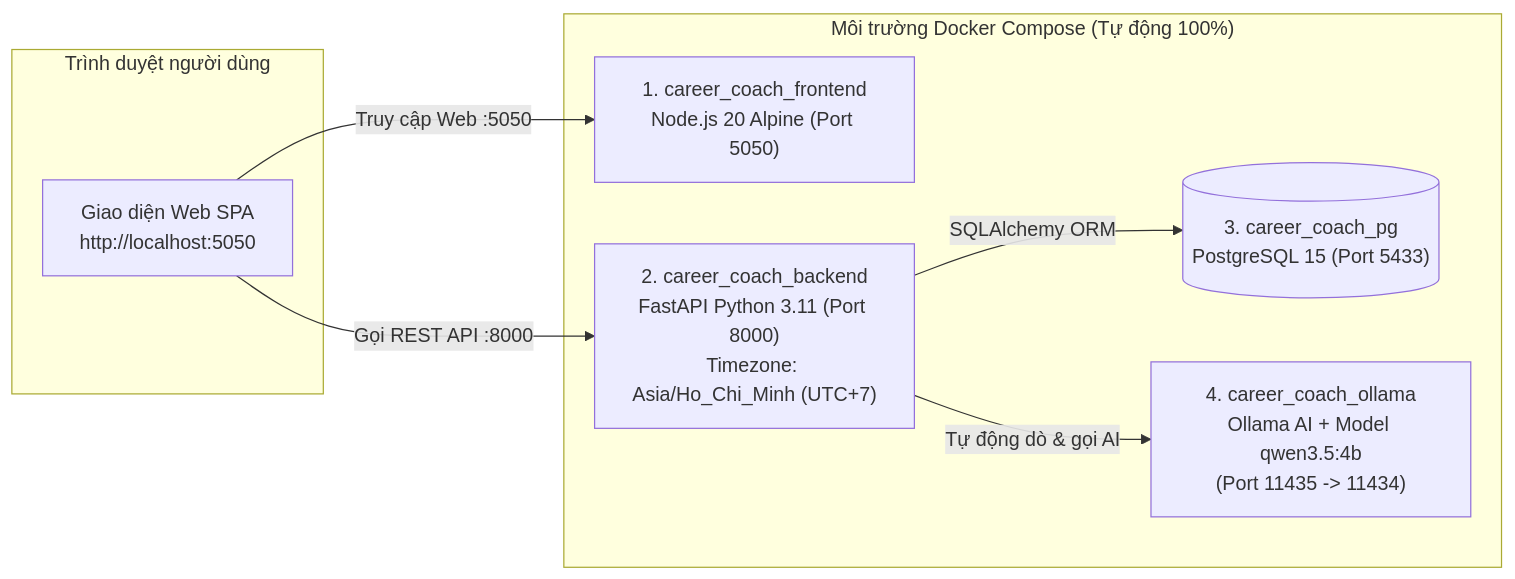
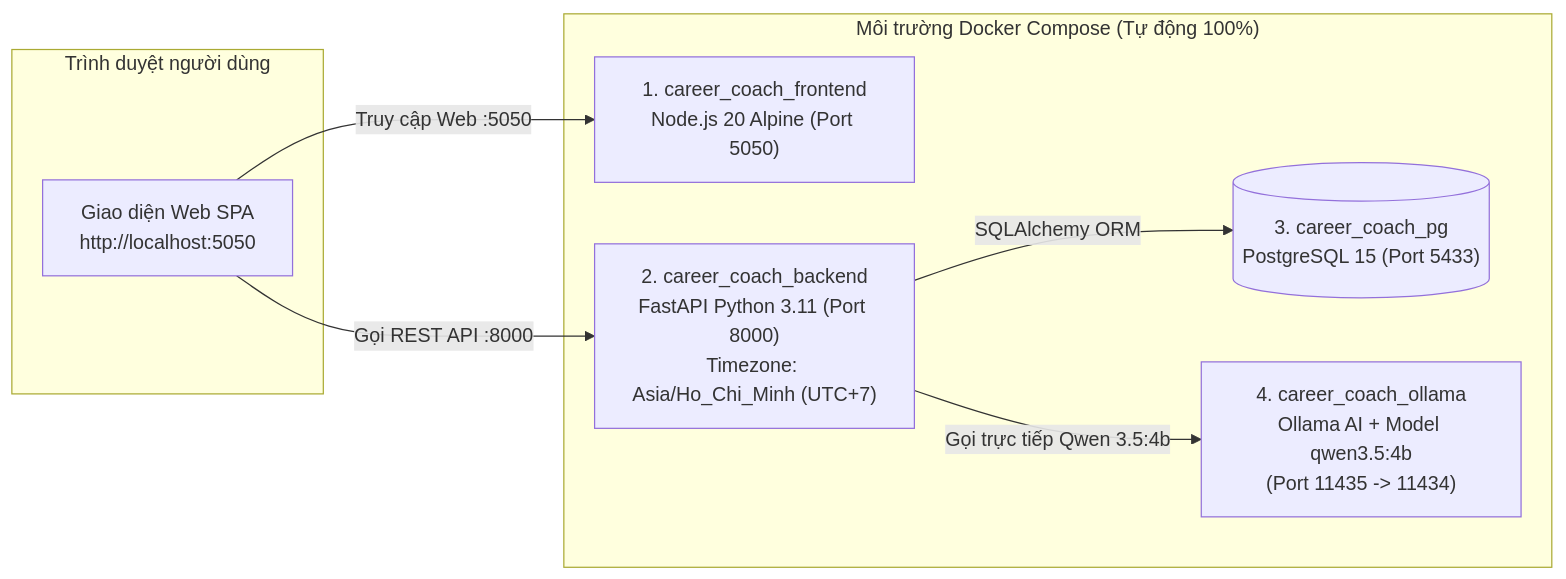
The diagram in README.md (1305Thach2006/ccccc), drawn with Mermaid before and after one commit. The commit also changed other lines of this file and 12 other files, not shown here.

````diff
--- a/README.md
+++ b/README.md
@@ -33,18 +33,18 @@
 ```mermaid
 flowchart LR
     subgraph Client["Trình duyệt người dùng"]
         UI["Giao diện Web SPA\nhttp://localhost:5050"]
     end
 
     subgraph Docker["Môi trường Docker Compose (Tự động 100%)"]
         FE["1. career_coach_frontend\nNode.js 20 Alpine (Port 5050)"]
         BE["2. career_coach_backend\nFastAPI Python 3.11 (Port 8000)\nTimezone: Asia/Ho_Chi_Minh (UTC+7)"]
         DB[("3. career_coach_pg\nPostgreSQL 15 (Port 5433)")]
         AI["4. career_coach_ollama\nOllama AI + Model qwen3.5:4b\n(Port 11435 -> 11434)"]
     end
 
     UI -->|Truy cập Web :5050| FE
     UI -->|Gọi REST API :8000| BE
     BE -->|SQLAlchemy ORM| DB
-    BE -->|Tự động dò & gọi AI| AI
+    BE -->|Gọi trực tiếp Qwen 3.5:4b| AI
 ```
````
